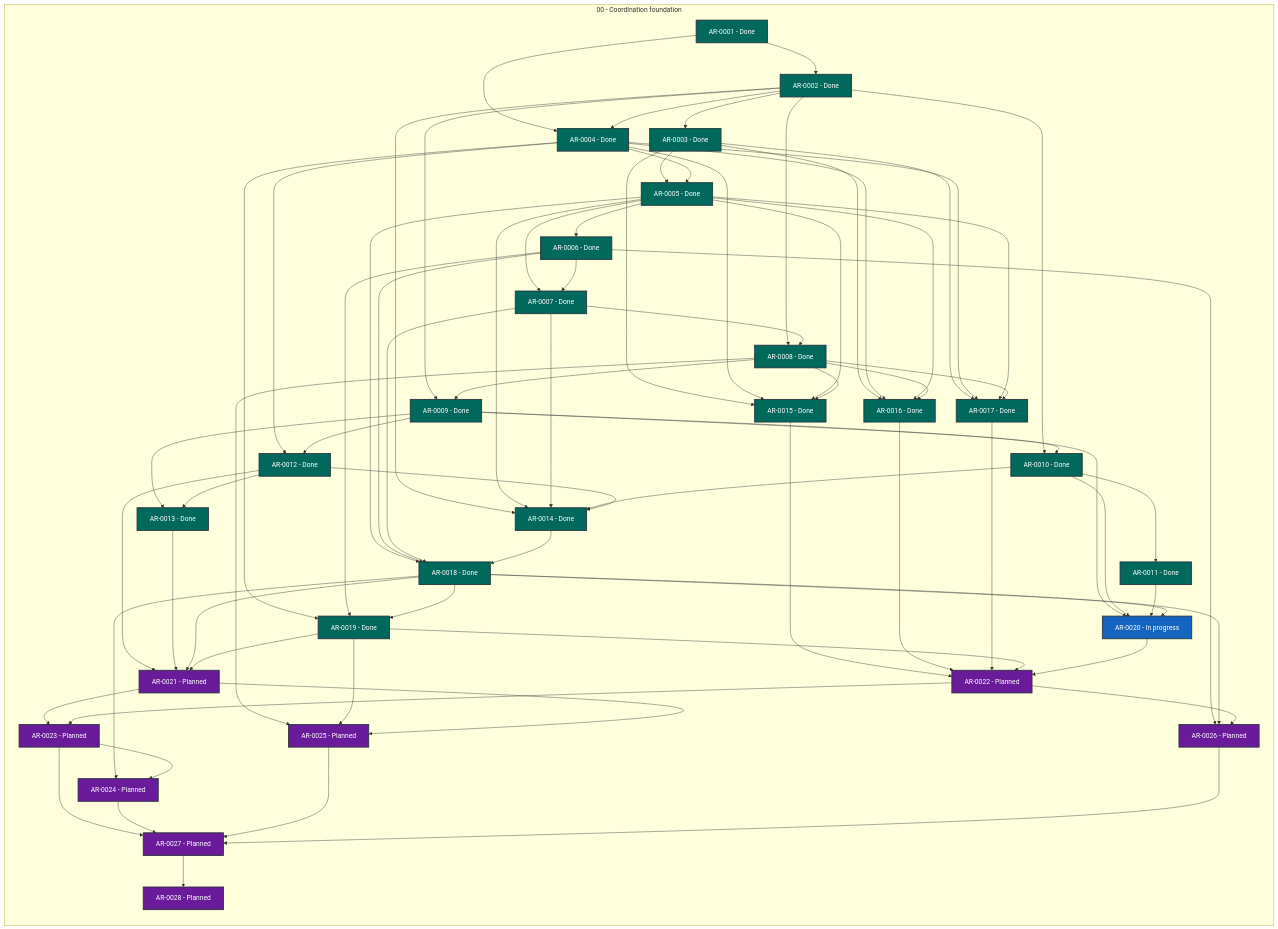
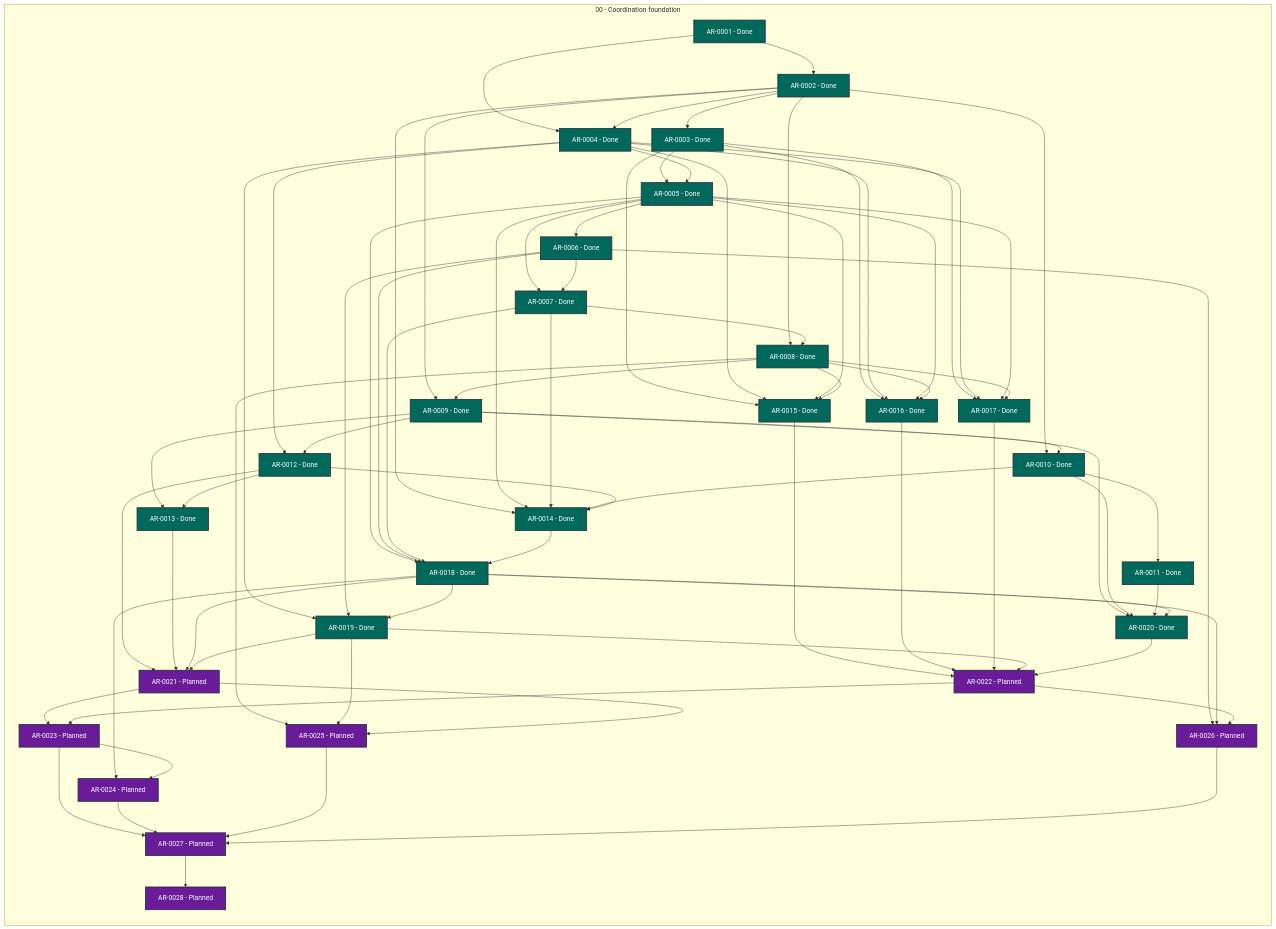
The diagram in STATUS.md (martin-beck/agent-workflow-runtime-state), drawn with Mermaid before and after one commit. The commit also changed other lines of this file and 2 other files, not shown here.

```diff
--- a/STATUS.md
+++ b/STATUS.md
@@ -47,7 +47,7 @@
         AR_0017["AR-0017 - Done"]:::status_done
         AR_0018["AR-0018 - Done"]:::status_done
         AR_0019["AR-0019 - Done"]:::status_done
-        AR_0020["AR-0020 - In progress"]:::status_in_progress
+        AR_0020["AR-0020 - Done"]:::status_done
         AR_0021["AR-0021 - Planned"]:::status_planned
         AR_0022["AR-0022 - Planned"]:::status_planned
         AR_0023["AR-0023 - Planned"]:::status_planned
```
